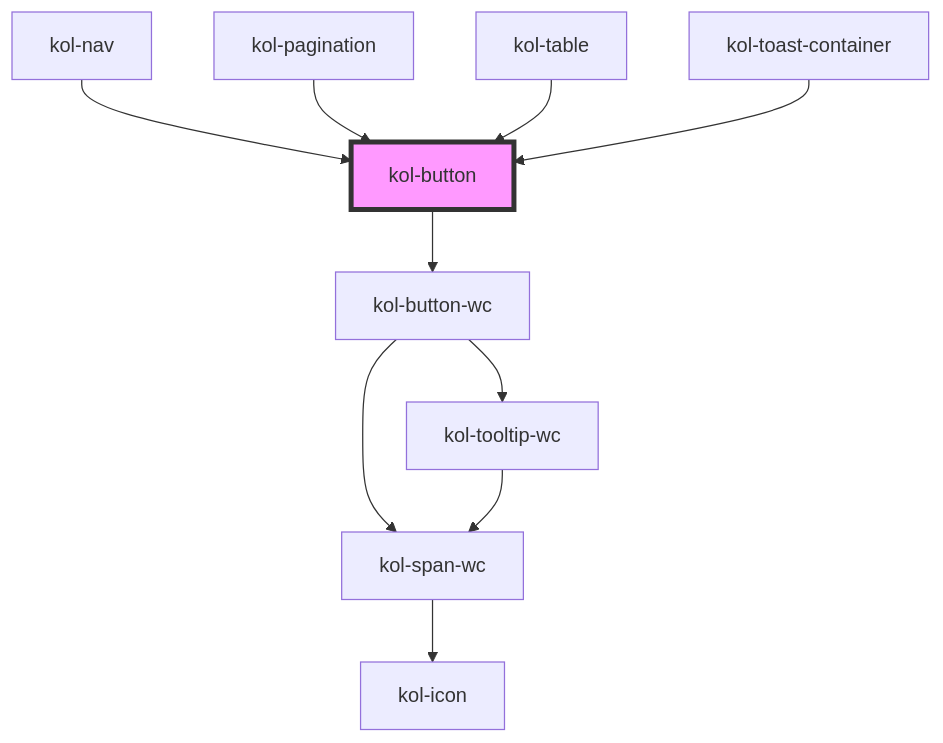
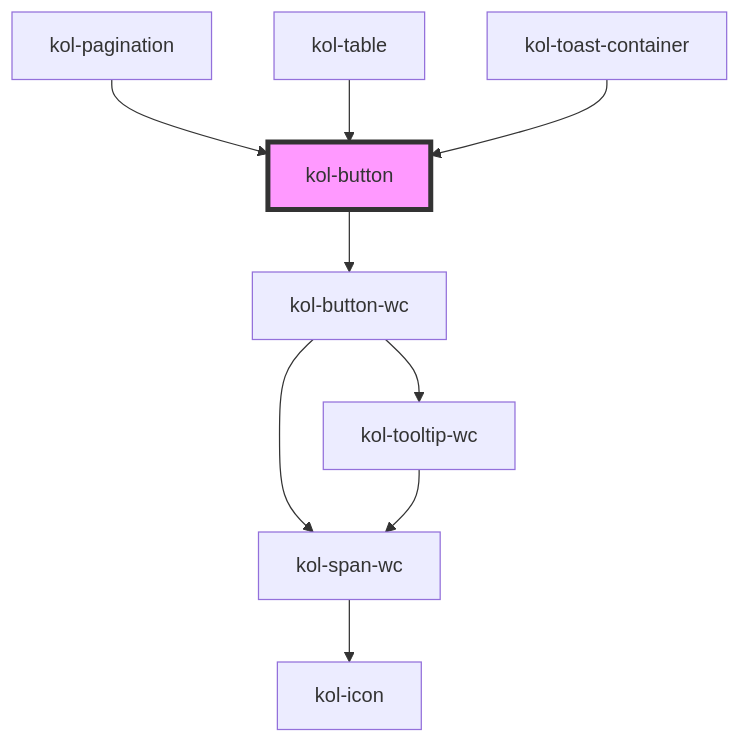
One commit to public-ui/kolibri changed the diagram in packages/components/src/components/button/readme.md. Above: the diagram before and after it, drawn with Mermaid. The commit also changed other lines of this file and 37 other files, not shown here.

````diff
--- a/packages/components/src/components/button/readme.md
+++ b/packages/components/src/components/button/readme.md
@@ -141,13 +134,12 @@
 ```mermaid
 graph TD;
   kol-button --> kol-button-wc
   kol-button-wc --> kol-span-wc
   kol-button-wc --> kol-tooltip-wc
   kol-span-wc --> kol-icon
   kol-tooltip-wc --> kol-span-wc
-  kol-nav --> kol-button
   kol-pagination --> kol-button
   kol-table --> kol-button
   kol-toast-container --> kol-button
   style kol-button fill:#f9f,stroke:#333,stroke-width:4px
 ```
````
